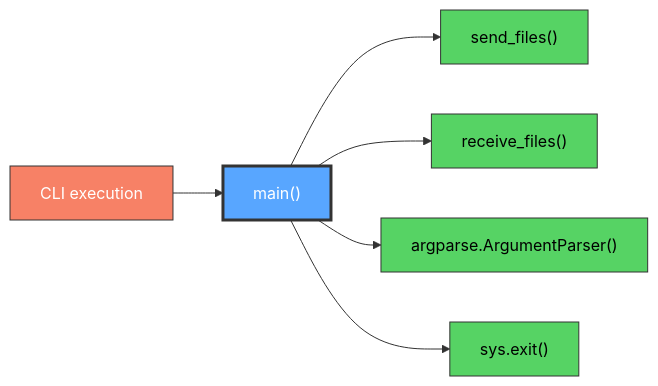
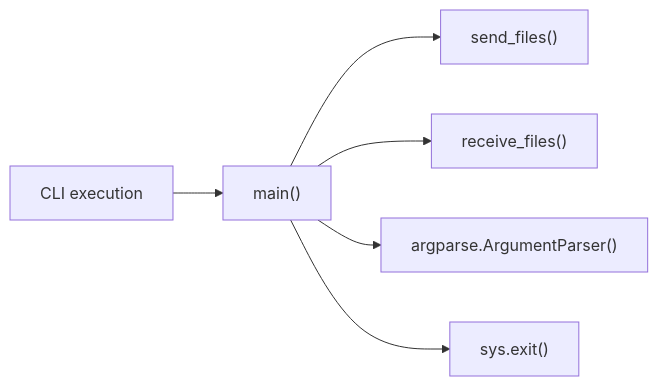
Before and after one commit to proudsunburn/ftransfer: the diagram in docs/main.md, drawn with Mermaid. The commit also changed 23 other files, not shown here.

Commit message:
MINOR: Remove colors from mermaid for easy light/dark mode switching

````diff
--- a/docs/main.md
+++ b/docs/main.md
@@ -11,19 +11,15 @@
 ```mermaid
 graph LR
-    cli["CLI execution"]:::red
-    main["main()"]:::highlight
-    send_files["send_files()"]:::green
-    receive_files["receive_files()"]:::green
-    argparse["argparse.ArgumentParser()"]:::green
-    sys_exit["sys.exit()"]:::green
+    cli["CLI execution"]
+    main["main()"]
+    send_files["send_files()"]
+    receive_files["receive_files()"]
+    argparse["argparse.ArgumentParser()"]
+    sys_exit["sys.exit()"]
 
     cli --> main
     main --> send_files
     main --> receive_files
     main --> argparse
     main --> sys_exit
-
-    classDef red fill:#f78166,stroke:#333,color:#fff
-    classDef highlight fill:#58a6ff,stroke:#333,color:#fff,stroke-width:3px
-    classDef green fill:#56d364,stroke:#333,color:#000
 ```
````
